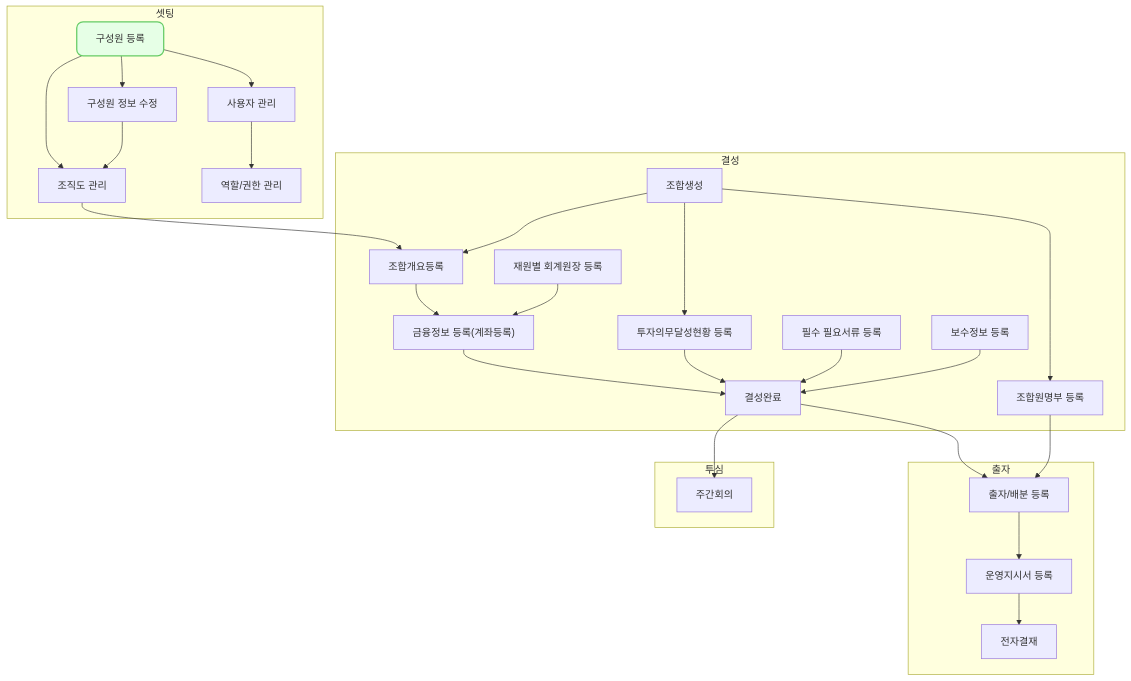
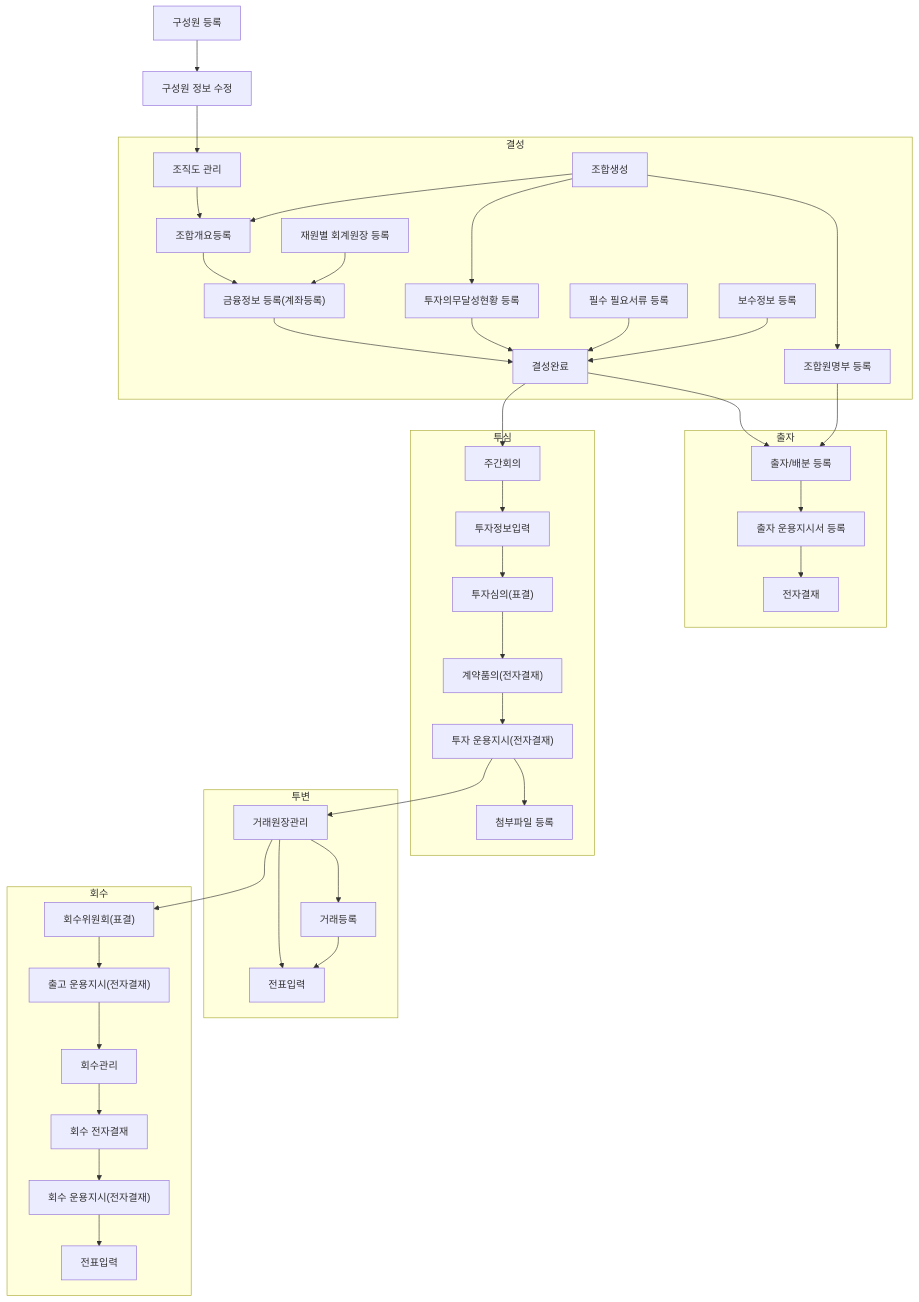
Before and after one commit to cotes2020/jekyll-theme-chirpy: the diagram in _tabs/about.md, drawn with Mermaid. The commit also changed 4 other files, not shown here.

````diff
--- a/_tabs/about.md
+++ b/_tabs/about.md
@@ -58,17 +58,12 @@
 ```mermaid
 flowchart TD
-    subgraph 셋팅["셋팅"]
+
         hr0001["구성원 등록"]
         hr0002["구성원 정보 수정"]
         hr0007["조직도 관리"]
-        se0005["사용자 관리"]
-        se0003["역할/권한 관리"]
+
         hr0001 --> hr0002
-        hr0001 --> hr0007
         hr0002 --> hr0007
-        hr0001 --> se0005
-        se0005 --> se0003
-    end
 
     subgraph 결성["결성"]
         fd0001["조합생성"]
@@ -97,18 +92,60 @@
 
     subgraph 출자["출자"]
         fd0006["출자/배분 등록"]
-        oi0002["운영지시서 등록"]
+        io0002["출자 운용지시서 등록"]
         ed0001["전자결재"]
 
         fd0000 --> fd0006
         fd0011 --> fd0006
-        fd0006 --> oi0002 --> ed0001
+        fd0006 --> io0002 
+        io0002 --> ed0001
 
     end
 
     subgraph 투자심의["투심"]
         wr0003["주간회의"]
+        vs0003["투자정보입력"]
+        vs0006["투자심의(표결)"]
+        ed0001a["계약품의(전자결재)"]
+        oi0003["투자 운용지시(전자결재)"]
+        vs0009["첨부파일 등록"]
+
+        
         fd0000 --> wr0003
+        wr0003 --> vs0003
+        vs0003 --> vs0006
+        vs0006 --> ed0001a
+        ed0001a --> oi0003
+        oi0003 --> vs0009
+
+    end
+
+    subgraph 투자변동관리["투변"]
+        pm0001["거래원장관리"]
+        pm0004["거래등록"]
+        fm0002["전표입력"]
+
+        oi0003 --> pm0001
+        pm0001 --> fm0002
+        pm0001 --> pm0004
+        pm0004 --> fm0002
+    end
+
+    subgraph 회수관리["회수"]
+        ex0001["회수위원회(표결)"]
+        oi0001["출고 운용지시(전자결재)"]
+        ex0007["회수관리"]
+        ex0009["회수 전자결재"]
+        ex0009a["회수 운용지시(전자결재)"]
+        fm0002a["전표입력"]
+
+        pm0001 --> ex0001
+        ex0001 --> oi0001
+        oi0001 --> ex0007
+        ex0007 --> ex0009
+        ex0009 --> ex0009a
+        ex0009a --> fm0002a
+
 
     end
 
@@ -130,5 +167,5 @@
 click oi0002 "{% post_url 2024-07-07-oi0002 %}" " "
 click ed0001 "{% post_url 2024-07-08-ed0001 %}" " "
 
-style hr0001 fill:#e6ffe6,stroke:#66cc66,stroke-width:2px,rx:10,ry:10,color:#333333,fontColor:#333333
+%% style fd0001 fill:#e6ffe6,stroke:#66cc66,stroke-width:2px,rx:10,ry:10
 ```
````
